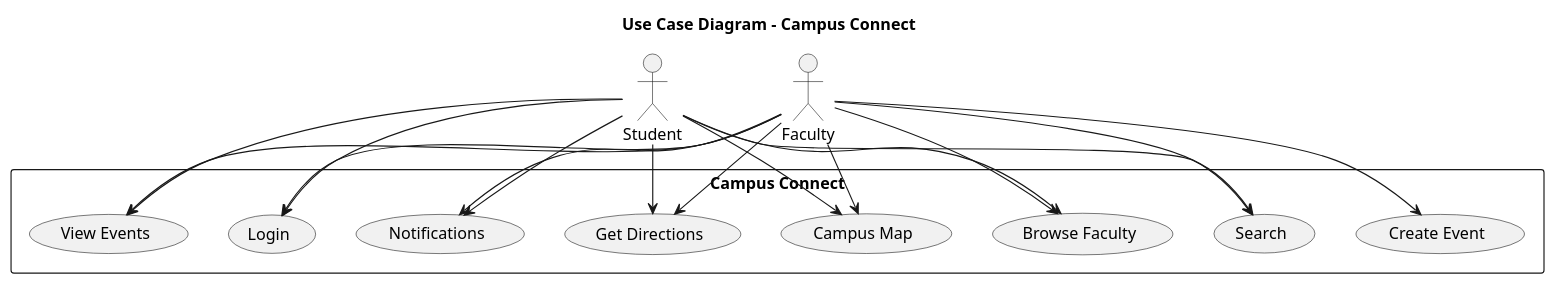
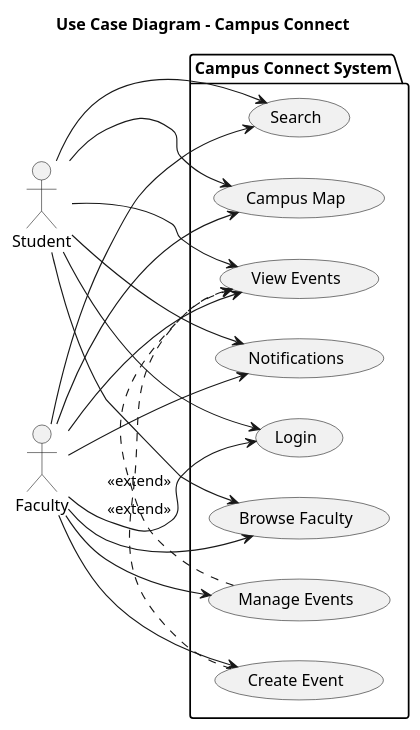
Before and after one commit to umeshwayakole27/campus_connect_fl: the second of 7 diagrams in uml-diagrams.md, drawn with PlantUML. The commit also changed other lines of this file and 4 other files, not shown here.

````diff
--- a/uml-diagrams.md
+++ b/uml-diagrams.md
@@ -99,37 +99,46 @@
 ```plantuml
 @startuml
 title Use Case Diagram - Campus Connect
 
-actor Student
-actor Faculty
+left to right direction
 
-rectangle "Campus Connect" {
-  (Login) as login
-  (View Events) as viewEvents
-  (Create Event) as createEvent
-  (Browse Faculty) as browseFaculty
-  (Campus Map) as map
-  (Get Directions) as directions
-  (Notifications) as notif
-  (Search) as search
+actor Student as S
+actor Faculty as F
+
+package "Campus Connect System" {
+  
+  usecase "Login" as UC1
+  usecase "View Events" as UC2
+  usecase "Browse Faculty" as UC3
+  usecase "Campus Map" as UC4
+  usecase "Search" as UC5
+  usecase "Notifications" as UC6
+  usecase "Create Event" as UC7
+  usecase "Manage Events" as UC8
+  
 }
 
-Student --> login
-Student --> viewEvents
-Student --> browseFaculty
-Student --> map
-Student --> directions
-Student --> notif
-Student --> search
+' Student use cases
+S --> UC1
+S --> UC2
+S --> UC3
+S --> UC4
+S --> UC5
+S --> UC6
 
-Faculty --> login
-Faculty --> viewEvents
-Faculty --> createEvent
-Faculty --> browseFaculty
-Faculty --> map
-Faculty --> directions
-Faculty --> notif
-Faculty --> search
+' Faculty use cases
+F --> UC1
+F --> UC2
+F --> UC3
+F --> UC4
+F --> UC5
+F --> UC6
+F --> UC7
+F --> UC8
+
+' Extend relationships
+UC7 .> UC2 : <<extend>>
+UC8 .> UC2 : <<extend>>
 
 @enduml
 ```
````
